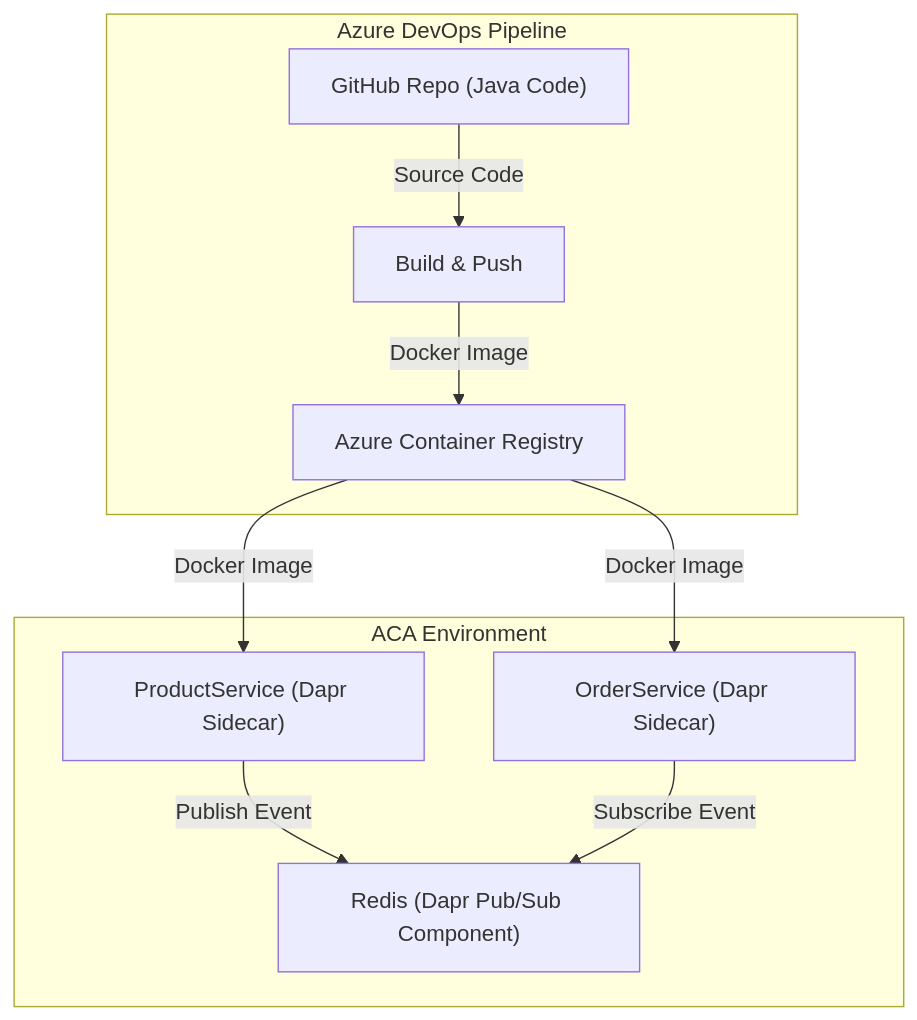
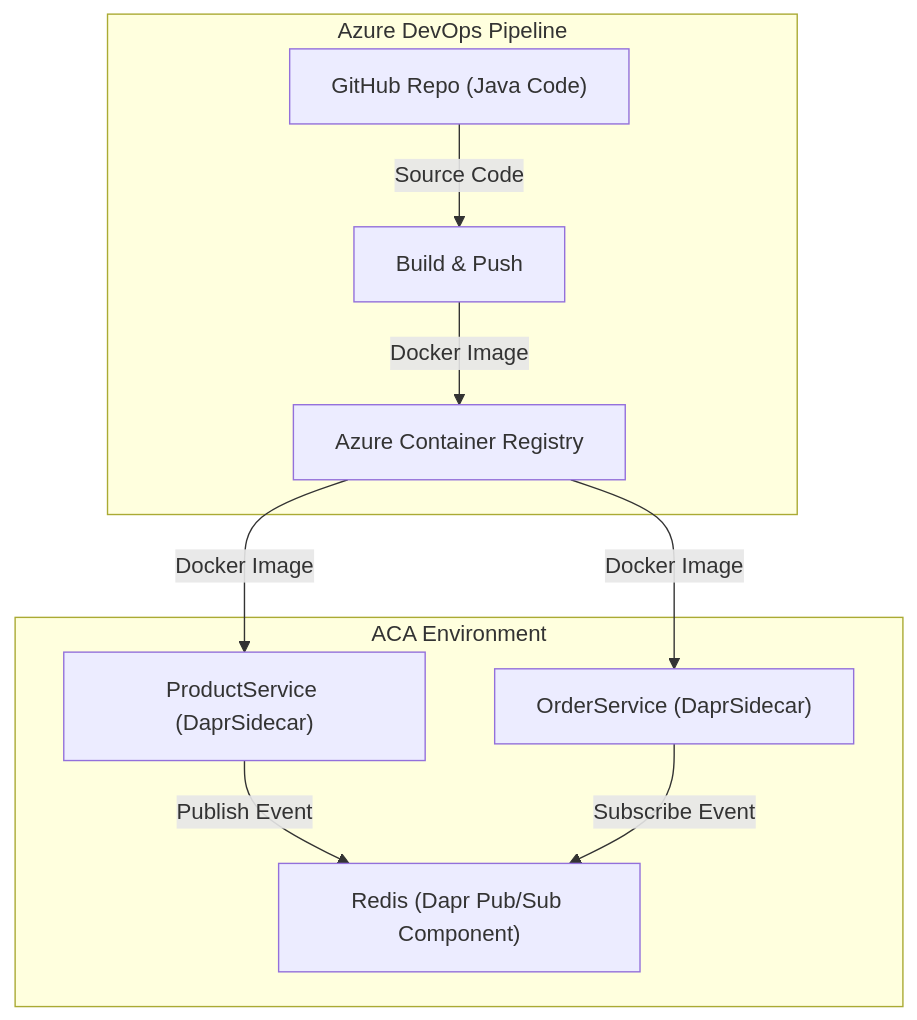
One commit to ankitbarlota92/ProductsAndOrders changed the diagram in README.md. Above: the diagram before and after it, drawn with Mermaid.

````diff
--- a/README.md
+++ b/README.md
@@ -13,21 +13,21 @@
 ```mermaid
 flowchart TD
   subgraph DevOps["Azure DevOps Pipeline"]
     E["GitHub Repo (Java Code)"]
     F["Build & Push"]
     E -- "Source Code" --> F
     F -- "Docker Image" --> D
   end
 
   subgraph ACA["ACA Environment"]
-    A["ProductService (Dapr Sidecar)"]
-    B["OrderService (Dapr Sidecar)"]
+    A["ProductService (DaprSidecar)"]
+    B["OrderService (DaprSidecar)"]
     C["Redis (Dapr Pub/Sub Component)"]
     A -- "Publish Event" --> C
     B -- "Subscribe Event" --> C
   end
 
   D[Azure Container Registry]
   D -- "Docker Image" --> A
   D -- "Docker Image" --> B
 ```
````
